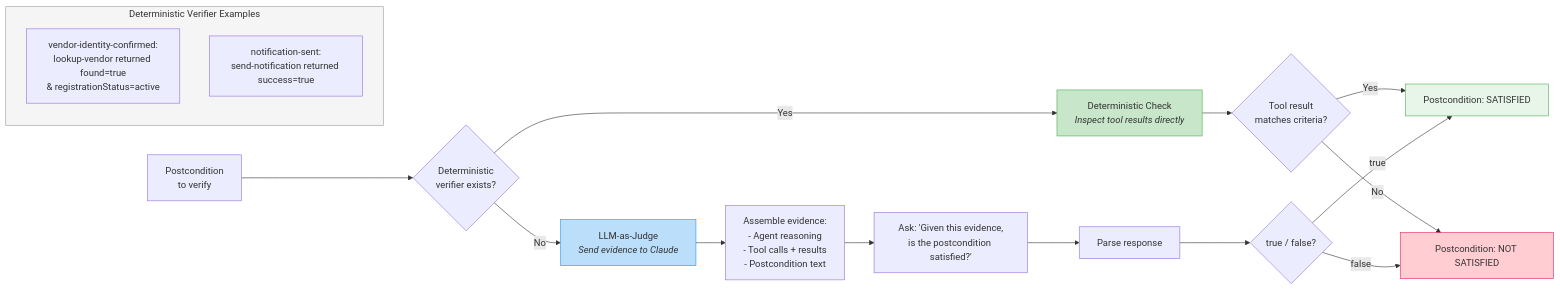
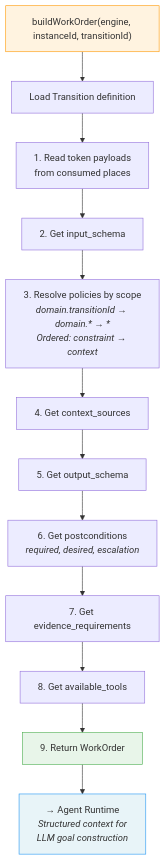
Before and after one commit to CyberHoward/cl-institute: the fourth of 10 diagrams in architecture-diagrams.md, drawn with Mermaid. The commit also changed other lines of this file and 46 other files, not shown here.

First line of the commit message:
chore: remove superseded modules, update docs to reflect core engine architecture

````diff
--- a/architecture-diagrams.md
+++ b/architecture-diagrams.md
@@ -207,29 +129,21 @@
 ```mermaid
-flowchart LR
-    pc["Postcondition<br/>to verify"] --> lookup{"Deterministic<br/>verifier exists?"}
+flowchart TD
+    trigger["buildWorkOrder(engine, instanceId, transitionId)"]
 
-    lookup -->|"Yes"| det["Deterministic Check<br/><i>Inspect tool results directly</i>"]
-    lookup -->|"No"| judge["LLM-as-Judge<br/><i>Send evidence to Claude</i>"]
+    trigger --> t["Load Transition definition"]
+    t --> tokens["1. Read token payloads<br/>from consumed places"]
+    tokens --> schema_in["2. Get input_schema"]
+    schema_in --> policies["3. Resolve policies by scope<br/><i>domain.transitionId → domain.* → *<br/>Ordered: constraint → context</i>"]
+    policies --> ctx["4. Get context_sources"]
+    ctx --> schema_out["5. Get output_schema"]
+    schema_out --> post["6. Get postconditions<br/><i>required, desired, escalation</i>"]
+    post --> evidence["7. Get evidence_requirements"]
+    evidence --> tools["8. Get available_tools"]
+    tools --> wo["9. Return WorkOrder"]
 
-    det --> result_det{"Tool result<br/>matches criteria?"}
-    result_det -->|"Yes"| satisfied["Postcondition: SATISFIED"]
-    result_det -->|"No"| unsatisfied["Postcondition: NOT SATISFIED"]
+    wo --> agent["→ Agent Runtime<br/><i>Structured context for<br/>LLM goal construction</i>"]
 
-    judge --> prompt["Assemble evidence:<br/>- Agent reasoning<br/>- Tool calls + results<br/>- Postcondition text"]
-    prompt --> ask["Ask: 'Given this evidence,<br/>is the postcondition satisfied?'"]
-    ask --> parse["Parse response"]
-    parse --> result_judge{"true / false?"}
-    result_judge -->|"true"| satisfied
-    result_judge -->|"false"| unsatisfied
-
-    subgraph examples["Deterministic Verifier Examples"]
-        ex1["vendor-identity-confirmed:<br/>lookup-vendor returned found=true<br/>& registrationStatus=active"]
-        ex2["notification-sent:<br/>send-notification returned success=true"]
-    end
-
-    style satisfied fill:#e8f5e9,stroke:#4caf50
-    style unsatisfied fill:#ffcdd2,stroke:#e91e63
-    style det fill:#c8e6c9,stroke:#4caf50
-    style judge fill:#bbdefb,stroke:#2196f3
-    style examples fill:#f5f5f5,stroke:#9e9e9e
+    style trigger fill:#fff3e0,stroke:#ff9800
+    style wo fill:#e8f5e9,stroke:#4caf50
+    style agent fill:#e8f4f8,stroke:#2196F3
 ```
````
